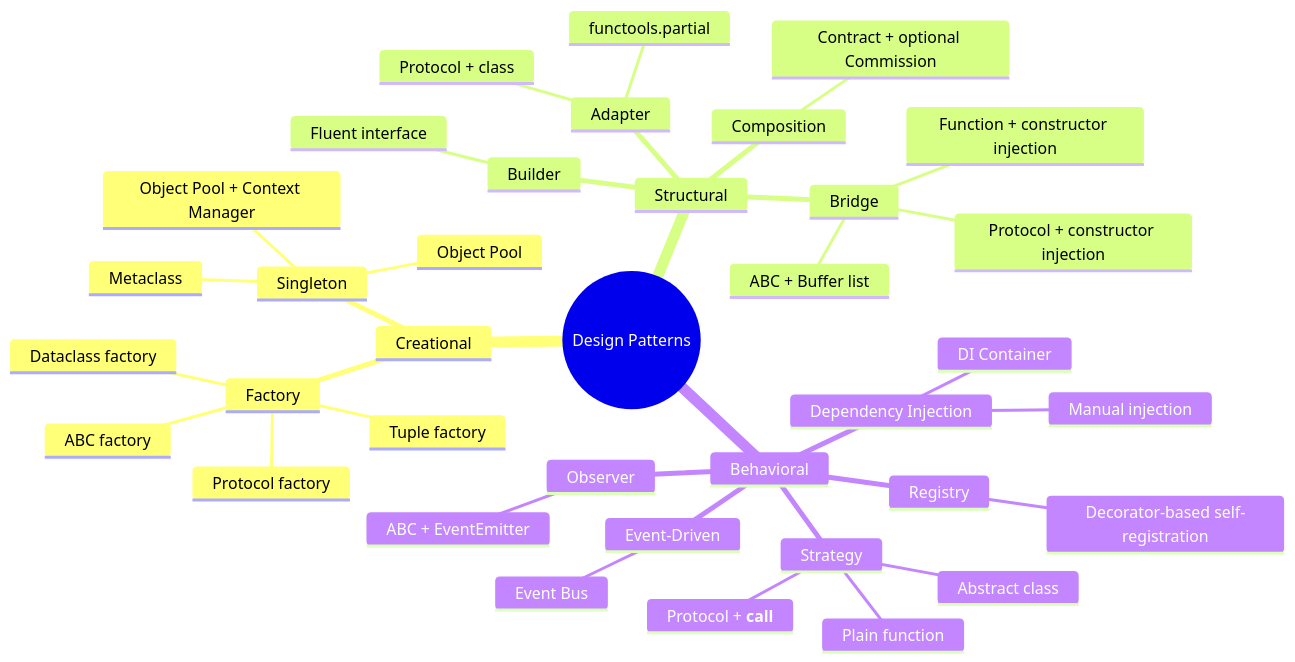
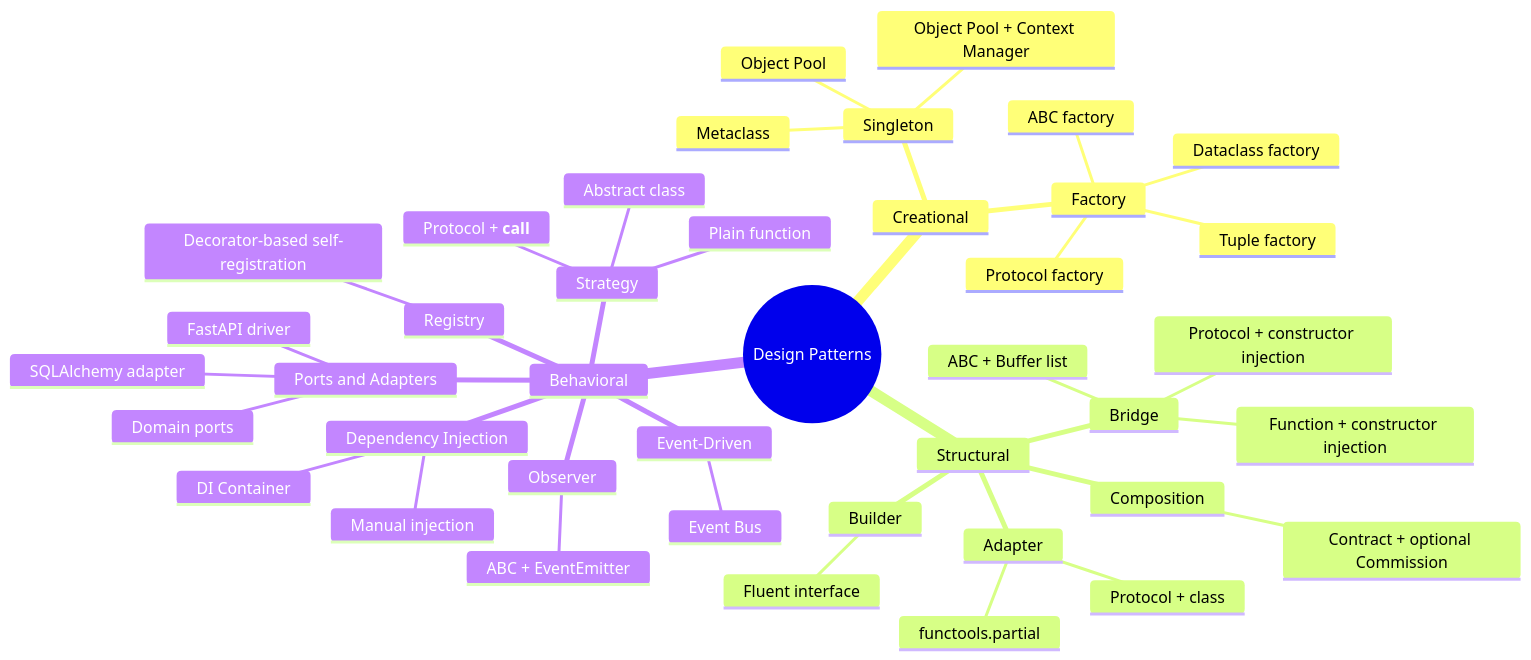
One commit to ka-us-tubh/design-pattern changed the diagram in README.md. Above: the diagram before and after it, drawn with Mermaid. The commit also changed other lines of this file and 7 other files, not shown here.

````diff
--- a/README.md
+++ b/README.md
@@ -80,40 +89,44 @@
 ```mermaid
 mindmap
   root((Design Patterns))
     Creational
       Factory
         ABC factory
         Protocol factory
         Dataclass factory
         Tuple factory
       Singleton
         Metaclass
         Object Pool
         Object Pool + Context Manager
     Structural
       Adapter
         Protocol + class
         functools.partial
       Bridge
         ABC + Buffer list
         Protocol + constructor injection
         Function + constructor injection
       Builder
         Fluent interface
       Composition
         Contract + optional Commission
     Behavioral
       Strategy
         Abstract class
         Protocol + __call__
         Plain function
       Observer
         ABC + EventEmitter
+      Ports and Adapters
+        Domain ports
+        SQLAlchemy adapter
+        FastAPI driver
       Dependency Injection
         Manual injection
         DI Container
       Registry
         Decorator-based self-registration
       Event-Driven
         Event Bus
 ```
````
